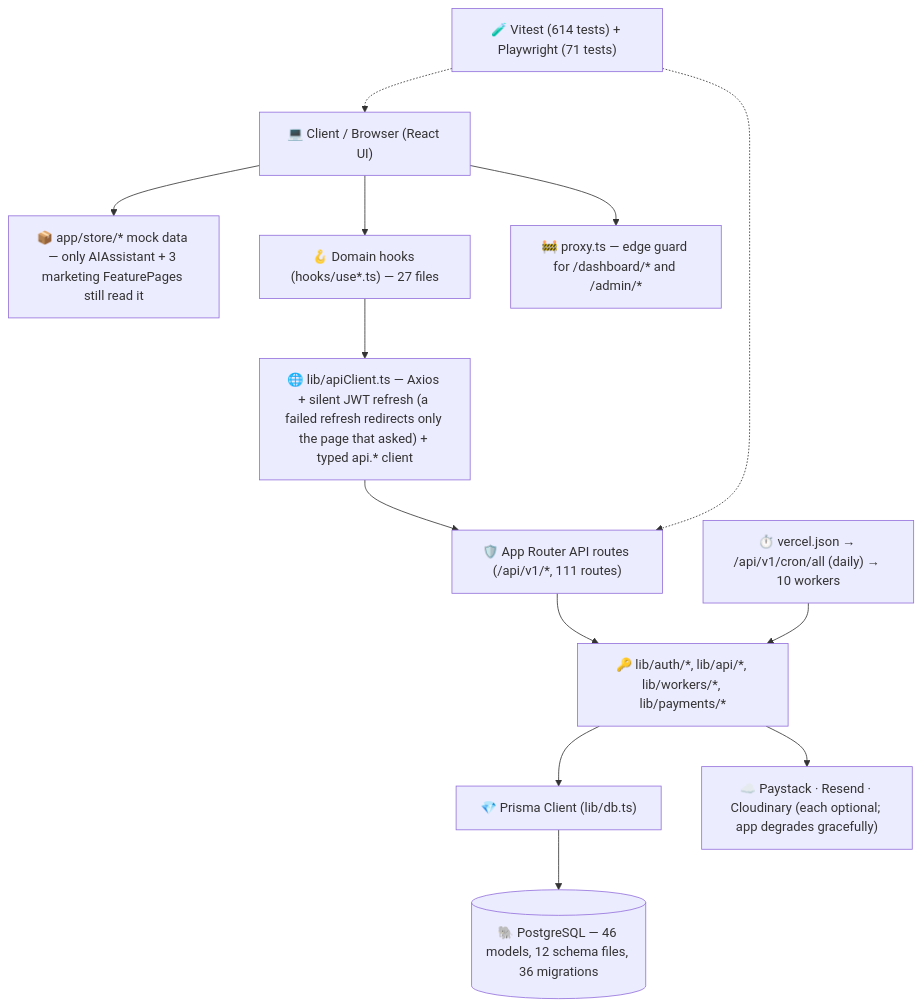
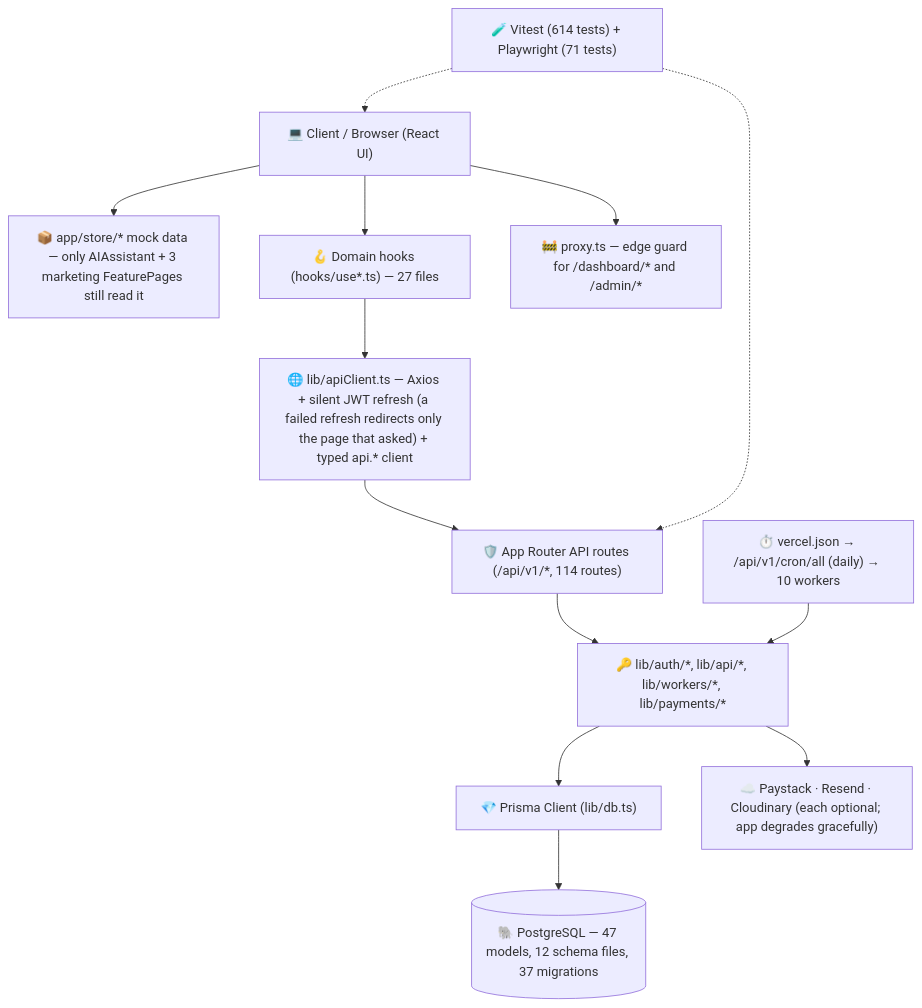
Before and after one commit to Proplity/proplity: the diagram in PROJECT_STRUCTURE.md, drawn with Mermaid. The commit also changed other lines of this file and 53 other files, not shown here.

````diff
--- a/PROJECT_STRUCTURE.md
+++ b/PROJECT_STRUCTURE.md
@@ -11,28 +11,28 @@
 ```mermaid
 graph TD
     Client["💻 Client / Browser (React UI)"]
     Store["📦 app/store/* mock data — only AIAssistant + 3 marketing FeaturePages still read it"]
     Hooks["🪝 Domain hooks (hooks/use*.ts) — 27 files"]
     ApiClient["🌐 lib/apiClient.ts — Axios + silent JWT refresh (a failed refresh redirects only the page that asked) + typed api.* client"]
     Proxy["🚧 proxy.ts — edge guard for /dashboard/* and /admin/*"]
-    NextApi["🛡️ App Router API routes (/api/v1/*, 111 routes)"]
+    NextApi["🛡️ App Router API routes (/api/v1/*, 114 routes)"]
     LibCore["🔑 lib/auth/*, lib/api/*, lib/workers/*, lib/payments/*"]
     PrismaClient["💎 Prisma Client (lib/db.ts)"]
-    Postgres[("🐘 PostgreSQL — 46 models, 12 schema files, 36 migrations")]
+    Postgres[("🐘 PostgreSQL — 47 models, 12 schema files, 37 migrations")]
     Cron["⏱️ vercel.json → /api/v1/cron/all (daily) → 10 workers"]
     Ext["☁️ Paystack · Resend · Cloudinary (each optional; app degrades gracefully)"]
     Tests["🧪 Vitest (614 tests) + Playwright (71 tests)"]
 
     Client --> Store
     Client --> Proxy
     Client --> Hooks
     Hooks --> ApiClient
     ApiClient --> NextApi
     NextApi --> LibCore
     LibCore --> PrismaClient
     LibCore --> Ext
     Cron --> LibCore
     PrismaClient --> Postgres
     Tests -.-> NextApi
     Tests -.-> Client
 ```
````
